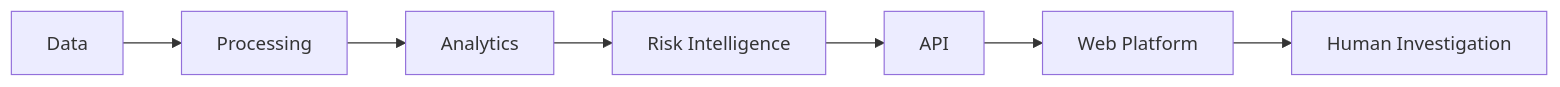
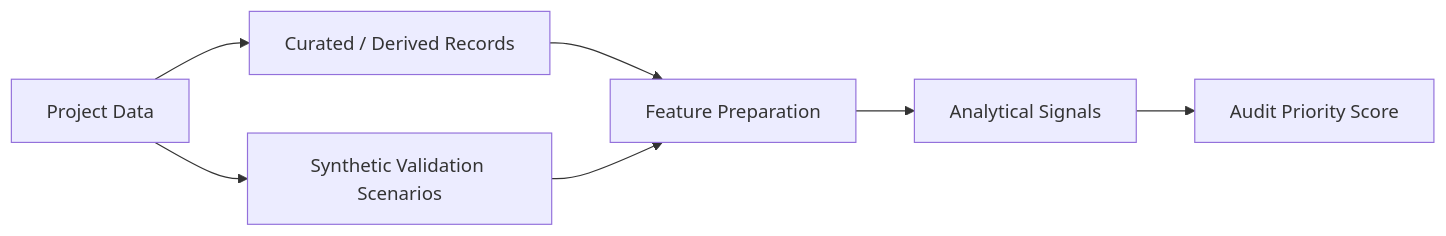
One commit to the-nidhi-bhat/mplads-sentinel changed diagram 13 of 19 in README.md. Above: the diagram before and after it, drawn with Mermaid. The commit also changed other lines of this file, not shown here.

````diff
--- a/README.md
+++ b/README.md
@@ -918,16 +571,13 @@
 ```mermaid
 flowchart LR
+    A["Project Data"]
+    --> B["Curated / Derived Records"]
 
-    A["Data"]
-    --> B["Processing"]
+    A --> C["Synthetic Validation Scenarios"]
 
-    B --> C["Analytics"]
+    B --> D["Feature Preparation"]
+    C --> D
 
-    C --> D["Risk Intelligence"]
-
-    D --> E["API"]
-
-    E --> F["Web Platform"]
-
-    F --> G["Human Investigation"]
+    D --> E["Analytical Signals"]
+    E --> F["Audit Priority Score"]
 ```
````
